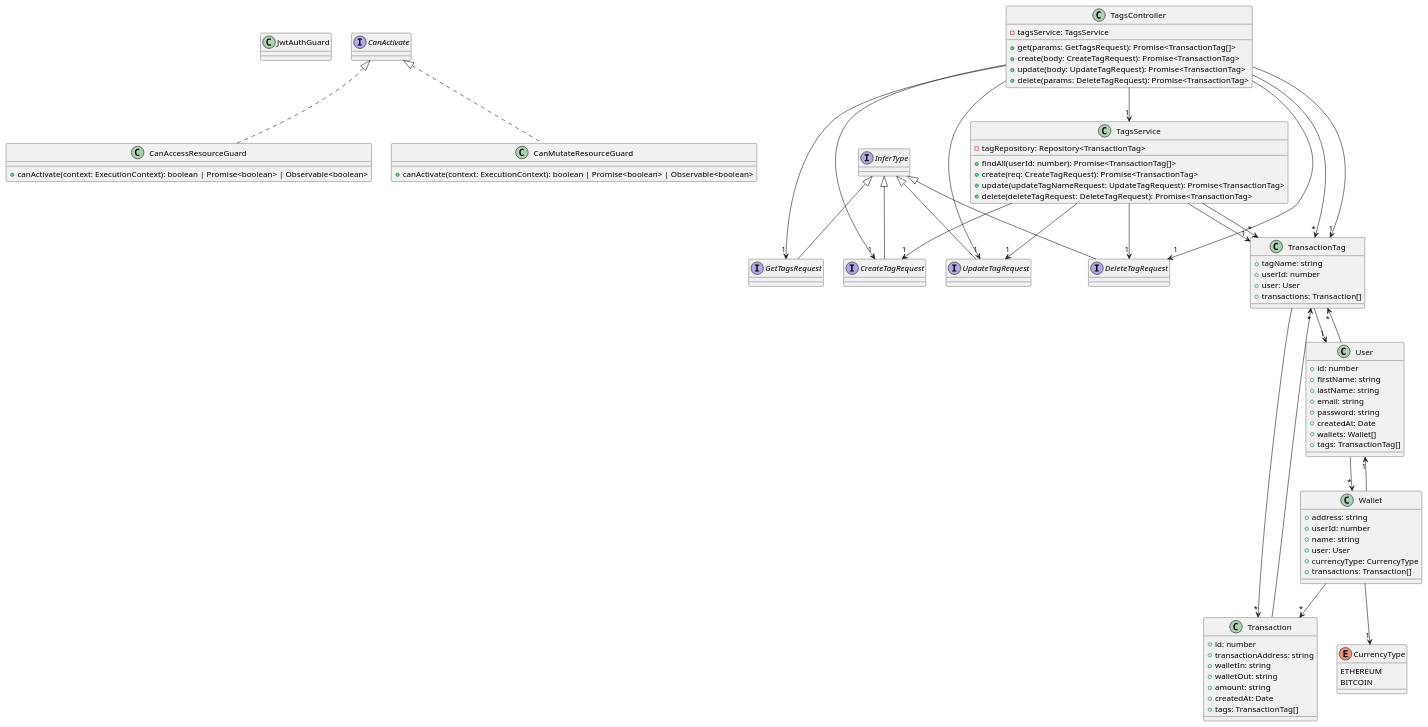
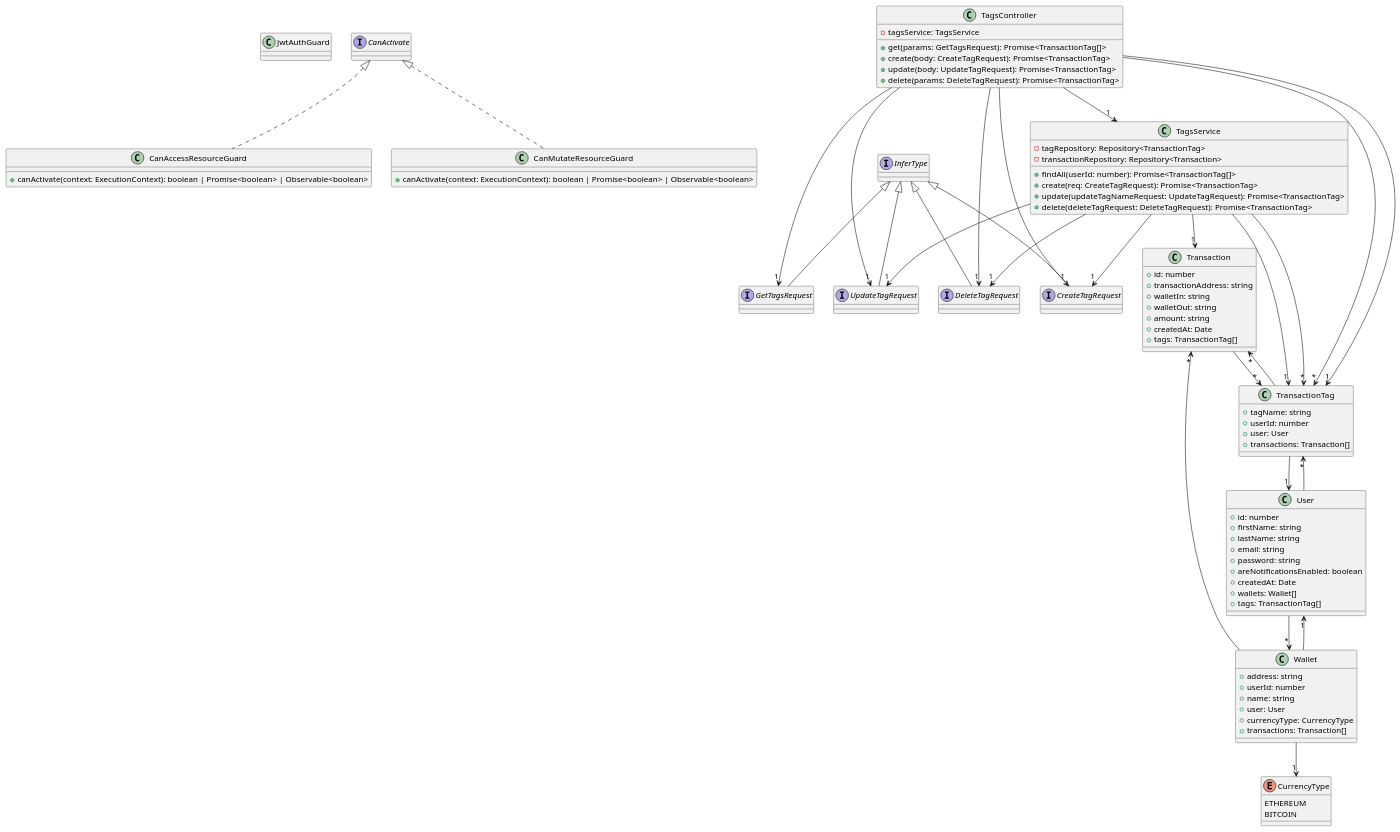
One commit to SOEN-490-Capstone/Cryptify changed the diagram in packages/docs/diagrams/class_diagram_api_tags.puml. Above: the diagram before and after it, drawn with PlantUML. The commit also changed 17 other files, not shown here.

Commit message:
Update all class diagrams to current code

```diff
--- a/packages/docs/diagrams/class_diagram_api_tags.puml
+++ b/packages/docs/diagrams/class_diagram_api_tags.puml
@@ -1,84 +1,87 @@
 @startuml
 class JwtAuthGuard
 class CanAccessResourceGuard implements CanActivate {
     +canActivate(context: ExecutionContext): boolean | Promise<boolean> | Observable<boolean>
 }
 interface GetTagsRequest extends InferType
 interface CreateTagRequest extends InferType
 interface UpdateTagRequest extends InferType
 interface DeleteTagRequest extends InferType
 class Transaction {
     +id: number
     +transactionAddress: string
     +walletIn: string
     +walletOut: string
     +amount: string
     +createdAt: Date
     +tags: TransactionTag[]
 }
 enum CurrencyType {
     ETHEREUM
     BITCOIN
 }
 class Wallet {
     +address: string
     +userId: number
     +name: string
     +user: User
     +currencyType: CurrencyType
     +transactions: Transaction[]
 }
 class User {
     +id: number
     +firstName: string
     +lastName: string
     +email: string
     +password: string
+    +areNotificationsEnabled: boolean
     +createdAt: Date
     +wallets: Wallet[]
     +tags: TransactionTag[]
 }
 class TransactionTag {
     +tagName: string
     +userId: number
     +user: User
     +transactions: Transaction[]
 }
 class TagsService {
     -tagRepository: Repository<TransactionTag>
+    -transactionRepository: Repository<Transaction>
     +findAll(userId: number): Promise<TransactionTag[]>
     +create(req: CreateTagRequest): Promise<TransactionTag>
     +update(updateTagNameRequest: UpdateTagRequest): Promise<TransactionTag>
     +delete(deleteTagRequest: DeleteTagRequest): Promise<TransactionTag>
 }
 class CanMutateResourceGuard implements CanActivate {
     +canActivate(context: ExecutionContext): boolean | Promise<boolean> | Observable<boolean>
 }
 class TagsController {
     -tagsService: TagsService
     +get(params: GetTagsRequest): Promise<TransactionTag[]>
     +create(body: CreateTagRequest): Promise<TransactionTag>
     +update(body: UpdateTagRequest): Promise<TransactionTag>
     +delete(params: DeleteTagRequest): Promise<TransactionTag>
 }
 Transaction --> "*" TransactionTag
 Wallet --> "1" User
 Wallet --> "1" CurrencyType
 Wallet --> "*" Transaction
 User --> "*" Wallet
 User --> "*" TransactionTag
 TransactionTag --> "1" User
 TransactionTag --> "*" Transaction
 TagsService --> "1" TransactionTag
+TagsService --> "1" Transaction
 TagsService --> "*" TransactionTag
 TagsService --> "1" CreateTagRequest
 TagsService --> "1" UpdateTagRequest
 TagsService --> "1" DeleteTagRequest
 TagsController --> "1" TagsService
 TagsController --> "1" GetTagsRequest
 TagsController --> "*" TransactionTag
 TagsController --> "1" CreateTagRequest
 TagsController --> "1" TransactionTag
 TagsController --> "1" UpdateTagRequest
 TagsController --> "1" DeleteTagRequest
 @enduml
```
